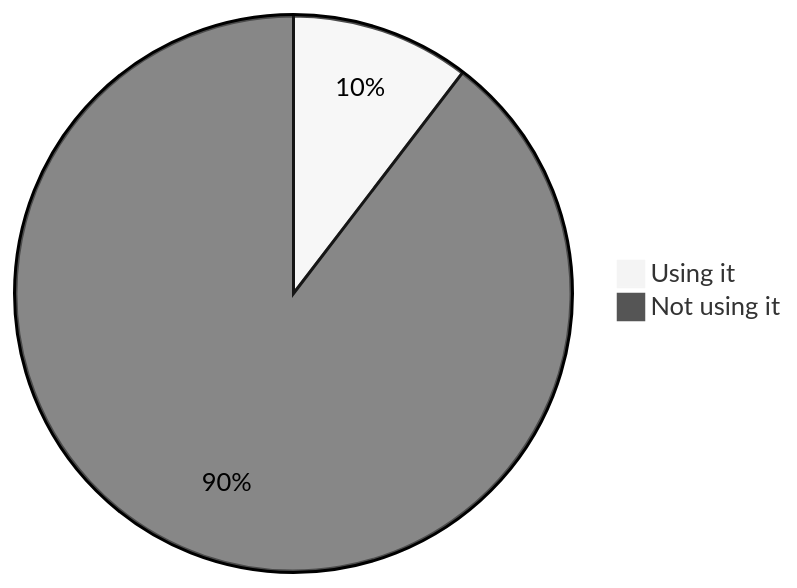
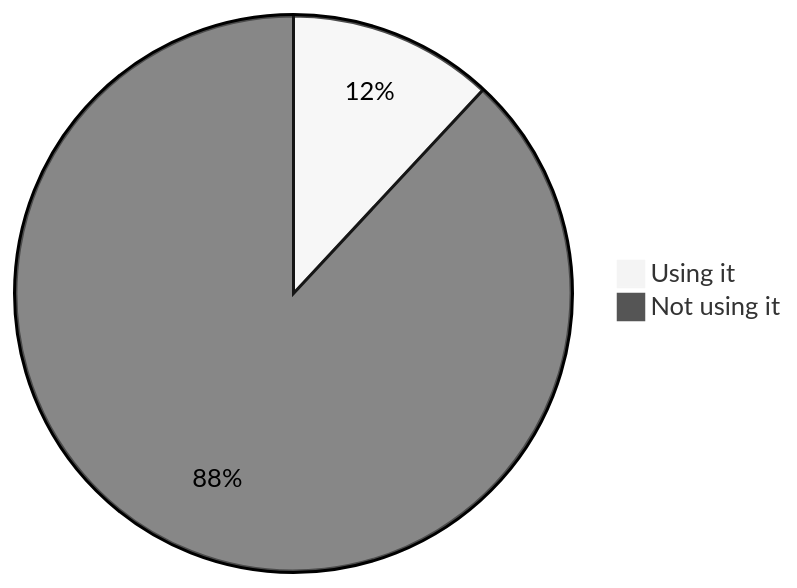
One commit to oshp/oshp-stats changed diagram 13 of 22 in stats.md. Above: the diagram before and after it, drawn with Mermaid (neutral theme). The commit also changed other lines of this file, not shown here.

````diff
--- a/stats.md
+++ b/stats.md
@@ -154,6 +154,6 @@
 ```mermaid
 pie
-	"Using it" : 10.4
-	"Not using it" : 89.6
+	"Using it" : 11.93
+	"Not using it" : 88.07
 
 ```
````
